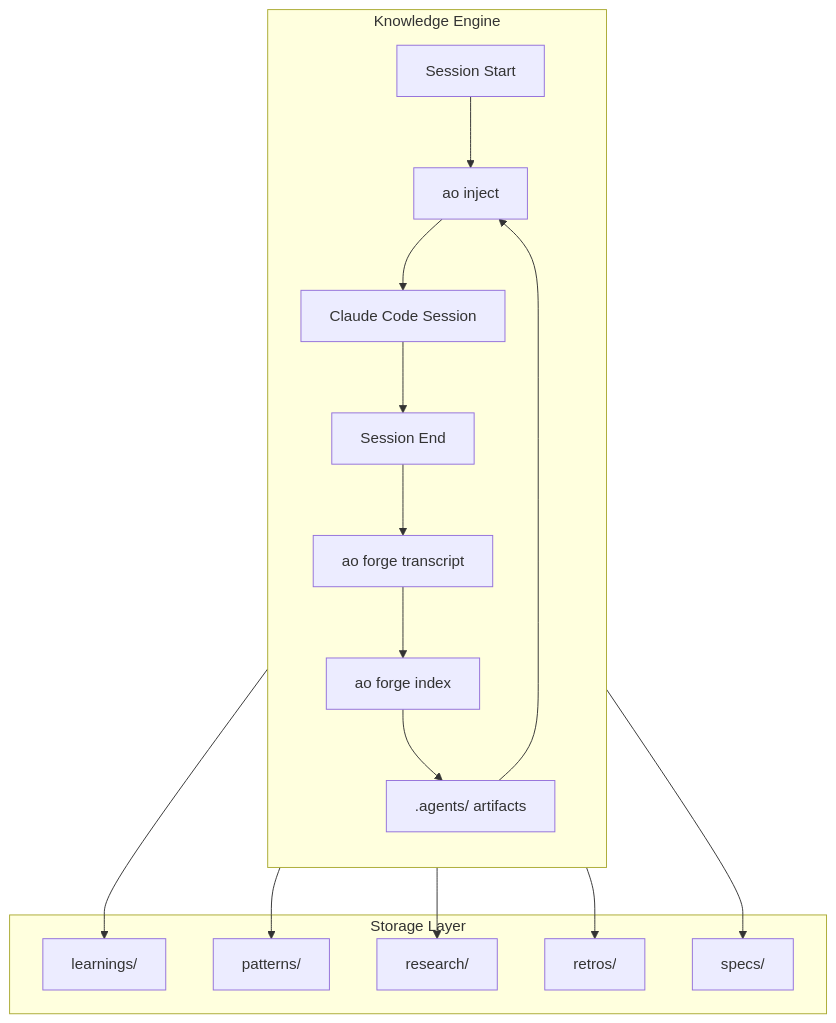
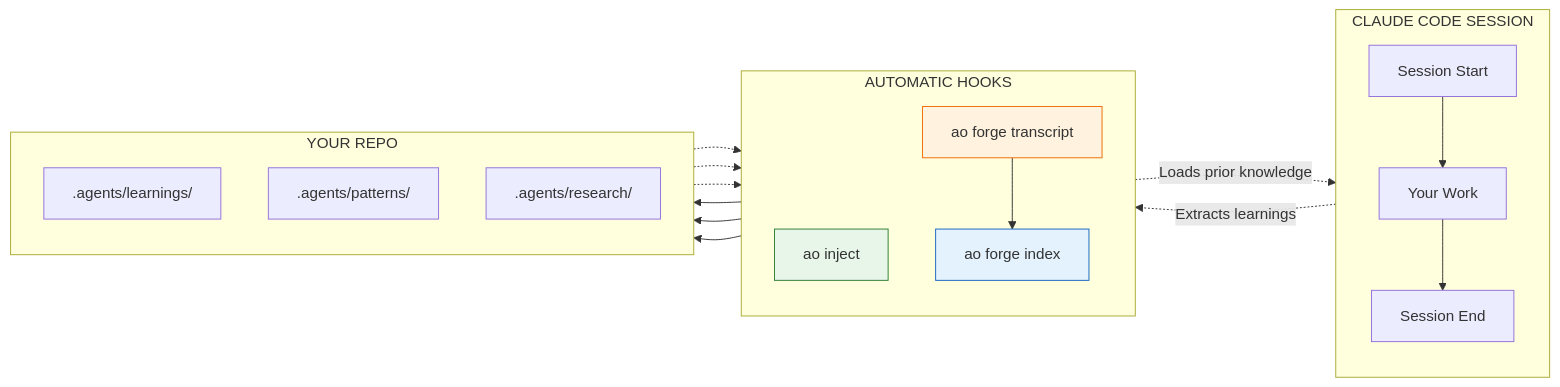
The second of 3 diagrams in README.md (ArronRigby/agentops), drawn with Mermaid before and after one commit. The commit also changed other lines of this file, not shown here.

First line of the commit message:
docs(readme): comprehensive workflow diagram with colors

````diff
--- a/README.md
+++ b/README.md
@@ -19,21 +125,27 @@
 ```mermaid
-graph TB
-    subgraph "Knowledge Engine"
+flowchart LR
+    subgraph SESSION["CLAUDE CODE SESSION"]
         direction TB
-        A[Session Start] --> B[ao inject]
-        B --> C[Claude Code Session]
-        C --> D[Session End]
-        D --> E[ao forge transcript]
-        E --> F[ao forge index]
-        F --> G[.agents/ artifacts]
-        G --> B
+        START[Session Start] --> WORK[Your Work]
+        WORK --> END[Session End]
     end
 
-    subgraph "Storage Layer"
-        G --> H[learnings/]
-        G --> I[patterns/]
-        G --> J[research/]
-        G --> K[retros/]
-        G --> L[specs/]
+    subgraph HOOKS["AUTOMATIC HOOKS"]
+        direction TB
+        H1[ao inject] -.->|Loads prior knowledge| START
+        END -.->|Extracts learnings| H2[ao forge transcript]
+        H2 --> H3[ao forge index]
     end
+
+    subgraph STORAGE["YOUR REPO"]
+        direction TB
+        H3 --> S1[.agents/learnings/]
+        H3 --> S2[.agents/patterns/]
+        H3 --> S3[.agents/research/]
+        S1 & S2 & S3 -.-> H1
+    end
+
+    style H1 fill:#e8f5e9,stroke:#2e7d32
+    style H2 fill:#fff3e0,stroke:#ef6c00
+    style H3 fill:#e3f2fd,stroke:#1565c0
 ```
````
